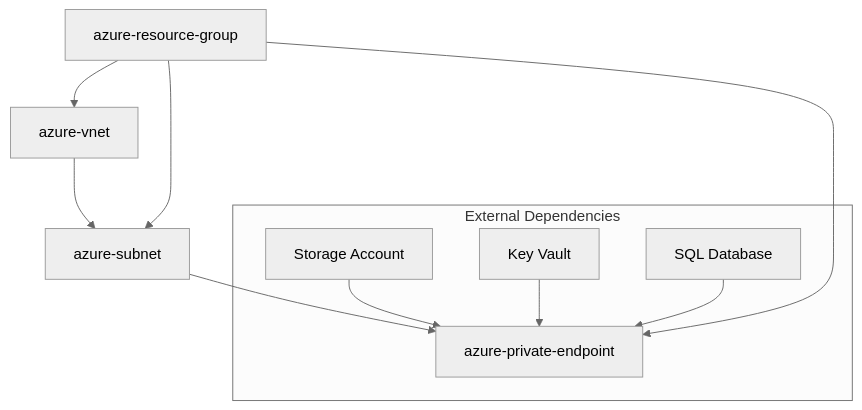
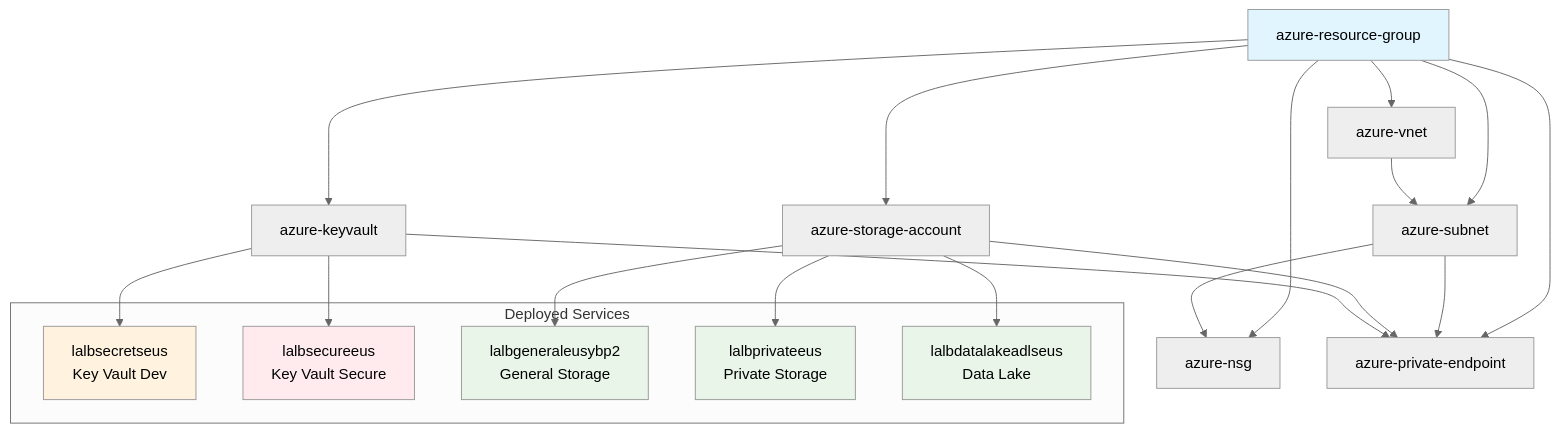
The third of 4 diagrams in docs/ARCHITECTURE.md (Damianjsp/one-platform), drawn with Mermaid (neutral theme) before and after one commit. The commit also changed other lines of this file and 11 other files, not shown here.

````diff
--- a/docs/ARCHITECTURE.md
+++ b/docs/ARCHITECTURE.md
@@ -203,14 +232,37 @@
 ```mermaid
 graph TD
     A[azure-resource-group] --> B[azure-vnet]
     A --> C[azure-subnet]
-    A --> D[azure-private-endpoint]
+    A --> D[azure-nsg]
+    A --> E[azure-storage-account]
+    A --> F[azure-keyvault]
+    A --> G[azure-private-endpoint]
+    
     B --> C
     C --> D
+    C --> G
     
-    subgraph "External Dependencies"
-        E[Storage Account] --> D
-        F[Key Vault] --> D
-        G[SQL Database] --> D
+    E --> G
+    F --> G
+    
+    subgraph "Deployed Services"
+        H[lalbsecretseus<br/>Key Vault Dev] 
+        I[lalbsecureeus<br/>Key Vault Secure]
+        J[lalbgeneraleusybp2<br/>General Storage]
+        K[lalbprivateeus<br/>Private Storage]
+        L[lalbdatalakeadlseus<br/>Data Lake]
     end
+    
+    F --> H
+    F --> I
+    E --> J
+    E --> K
+    E --> L
+    
+    style A fill:#e1f5fe
+    style H fill:#fff3e0
+    style I fill:#ffebee
+    style J fill:#e8f5e8
+    style K fill:#e8f5e8
+    style L fill:#e8f5e8
 ```
````
